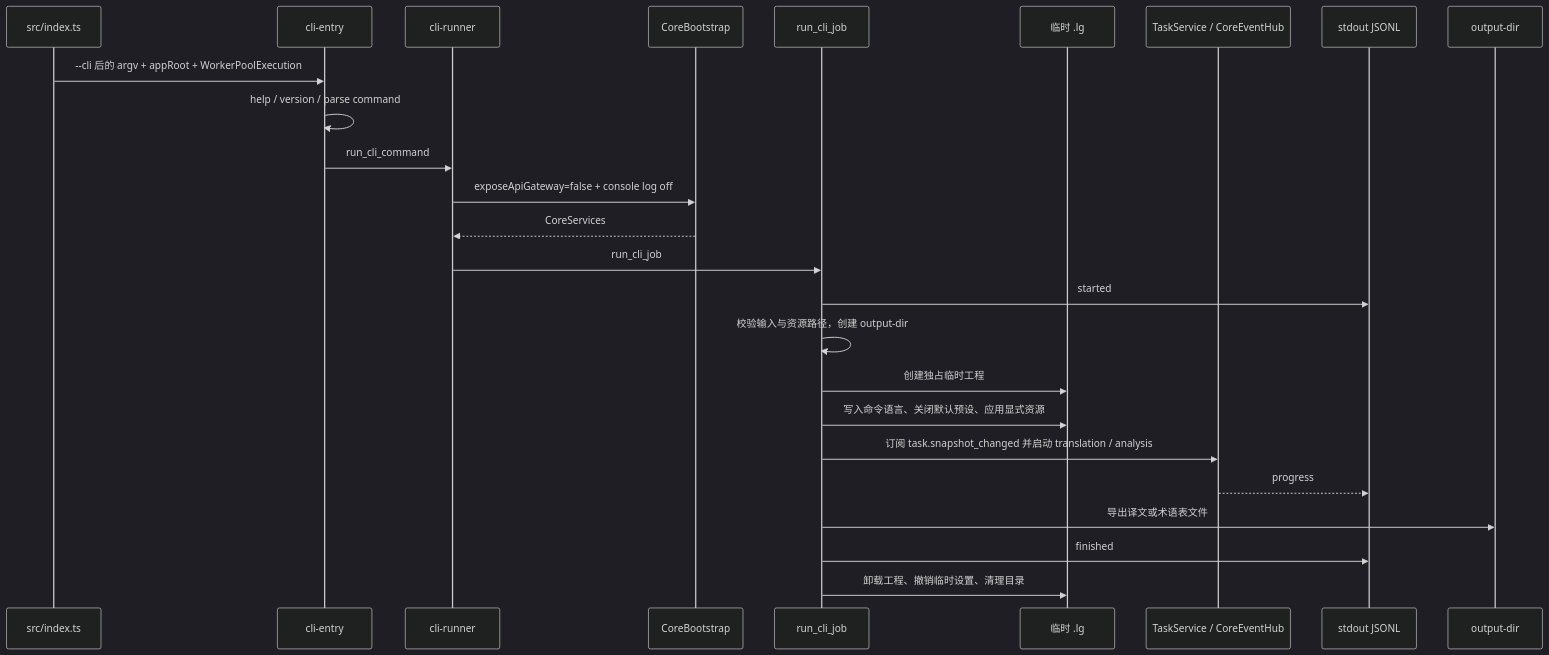
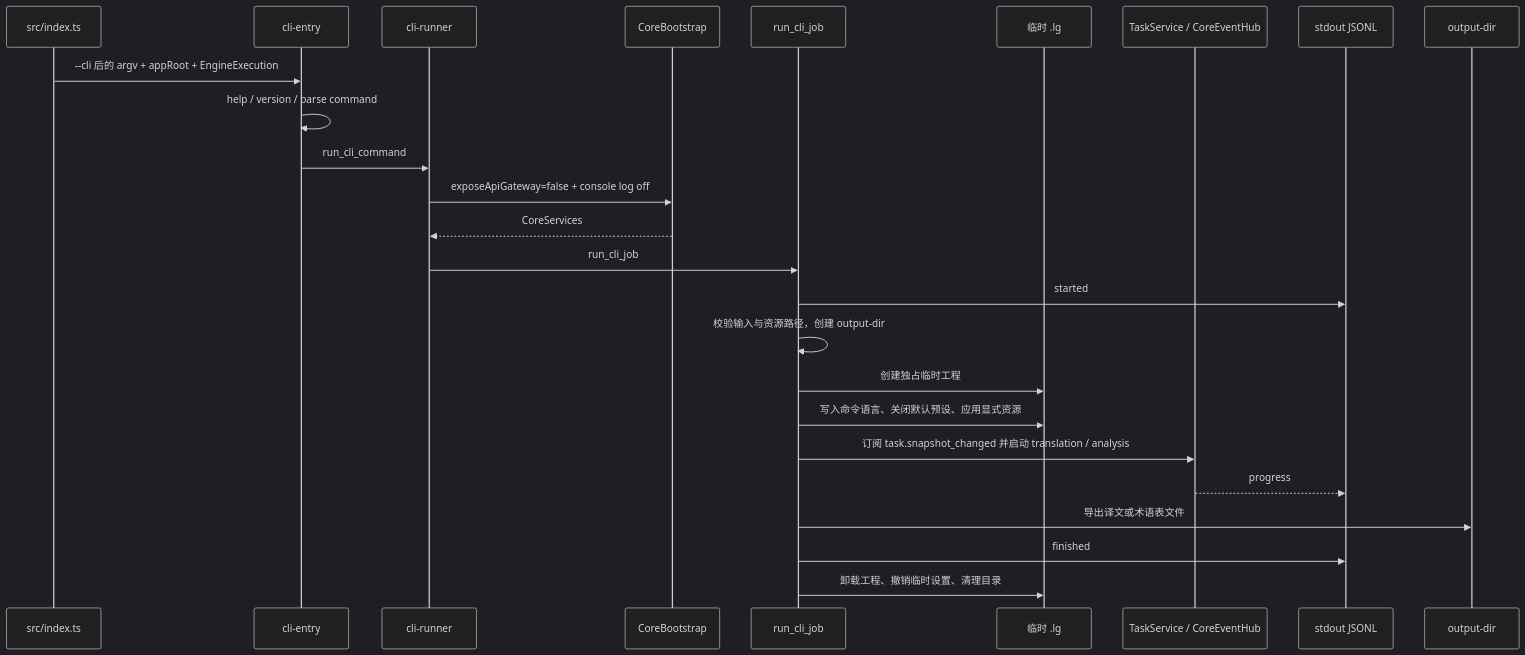
One commit to neavo/LinguaGacha changed the diagram in docs/CLI.md. Above: the diagram before and after it, drawn with Mermaid (dark theme). The commit also changed other lines of this file and 88 other files, not shown here.

````diff
--- a/docs/CLI.md
+++ b/docs/CLI.md
@@ -29,28 +29,28 @@
 ```mermaid
 sequenceDiagram
   participant Entry as src/index.ts
   participant CLIEntry as cli-entry
   participant Runner as cli-runner
   participant Boot as CoreBootstrap
   participant Job as run_cli_job
   participant Temp as 临时 .lg
   participant Task as TaskService / CoreEventHub
   participant Stdout as stdout JSONL
   participant Out as output-dir
 
-  Entry->>CLIEntry: --cli 后的 argv + appRoot + WorkerPoolExecution
+  Entry->>CLIEntry: --cli 后的 argv + appRoot + EngineExecution
   CLIEntry->>CLIEntry: help / version / parse command
   CLIEntry->>Runner: run_cli_command
   Runner->>Boot: exposeApiGateway=false + console log off
   Boot-->>Runner: CoreServices
   Runner->>Job: run_cli_job
   Job->>Stdout: started
   Job->>Job: 校验输入与资源路径，创建 output-dir
   Job->>Temp: 创建独占临时工程
   Job->>Temp: 写入命令语言、关闭默认预设、应用显式资源
   Job->>Task: 订阅 task.snapshot_changed 并启动 translation / analysis
   Task-->>Stdout: progress
   Job->>Out: 导出译文或术语表文件
   Job->>Stdout: finished
   Job->>Temp: 卸载工程、撤销临时设置、清理目录
 ```
````
